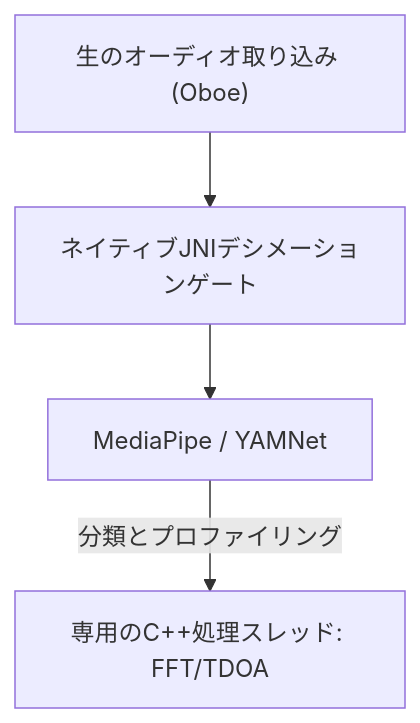
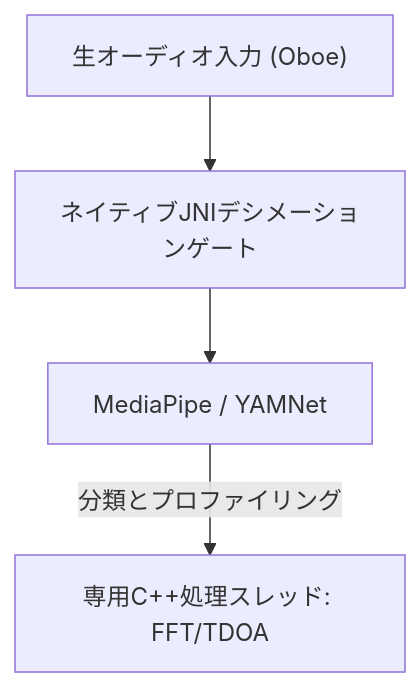
One commit to rpalm01-star/VigilantEarLegal changed the diagram in AREADME_ja.md. Above: the diagram before and after it, drawn with Mermaid. The commit also changed other lines of this file and 7 other files, not shown here.

````diff
--- a/AREADME_ja.md
+++ b/AREADME_ja.md
@@ -39,6 +43,6 @@
 ```mermaid
 graph TD
-    A["生のオーディオ取り込み (Oboe)"] --> B["ネイティブJNIデシメーションゲート"]
+    A["生オーディオ入力 (Oboe)"] --> B["ネイティブJNIデシメーションゲート"]
     B --> C["MediaPipe / YAMNet"]
-    C -- "分類とプロファイリング" --> D["専用のC++処理スレッド: FFT/TDOA"]
+    C -- "分類とプロファイリング" --> D["専用C++処理スレッド: FFT/TDOA"]
 ```
````
